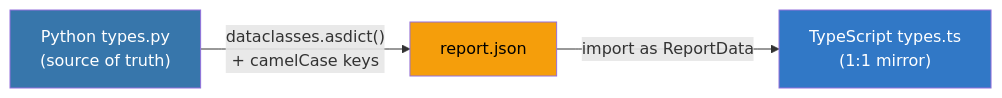
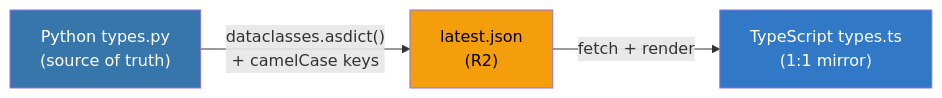
One commit to Guoyuer/portal changed the third of 4 diagrams in README.md. Above: the diagram before and after it, drawn with Mermaid. The commit also changed other lines of this file, not shown here.

Commit message:
docs: Update README for dynamic R2 fetch architecture

````diff
--- a/README.md
+++ b/README.md
@@ -122,9 +125,9 @@
 ```mermaid
 graph LR
-    PY["Python types.py<br/>(source of truth)"] -->|"dataclasses.asdict()<br/>+ camelCase keys"| JSON["report.json"]
-    JSON -->|"import as ReportData"| TS["TypeScript types.ts<br/>(1:1 mirror)"]
+    PY["Python types.py<br/>(source of truth)"] -->|"dataclasses.asdict()<br/>+ camelCase keys"| JSON["latest.json<br/>(R2)"]
+    JSON -->|"fetch + render"| TS["TypeScript types.ts<br/>(1:1 mirror)"]
 
     style PY fill:#3776ab,color:#fff
     style JSON fill:#f59e0b,color:#000
     style TS fill:#3178c6,color:#fff
 ```
````
